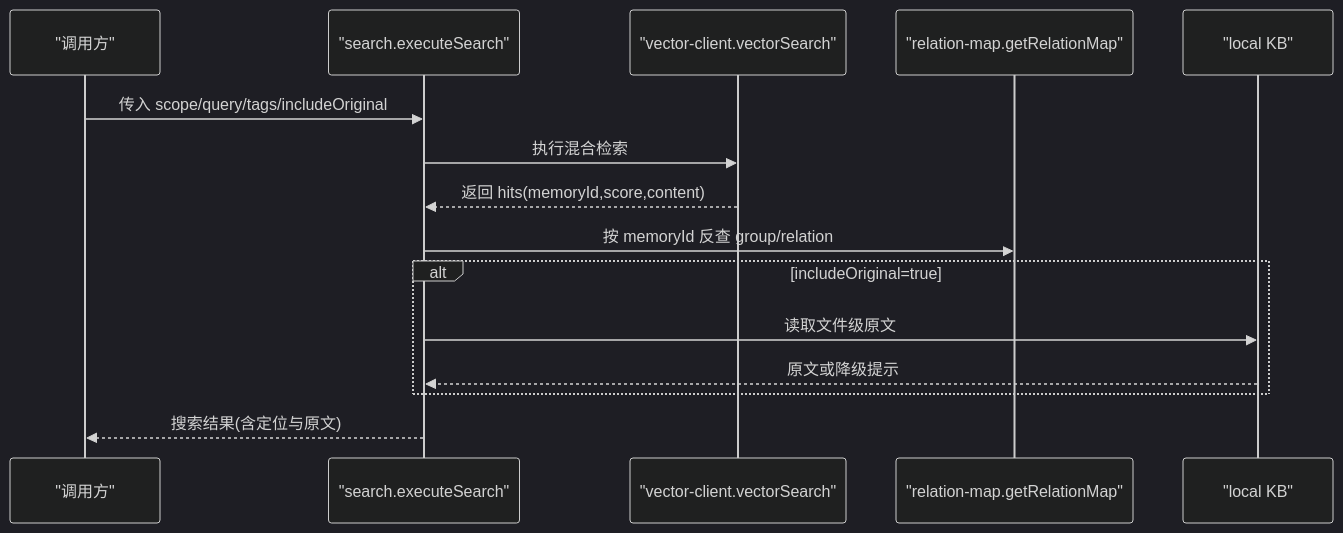
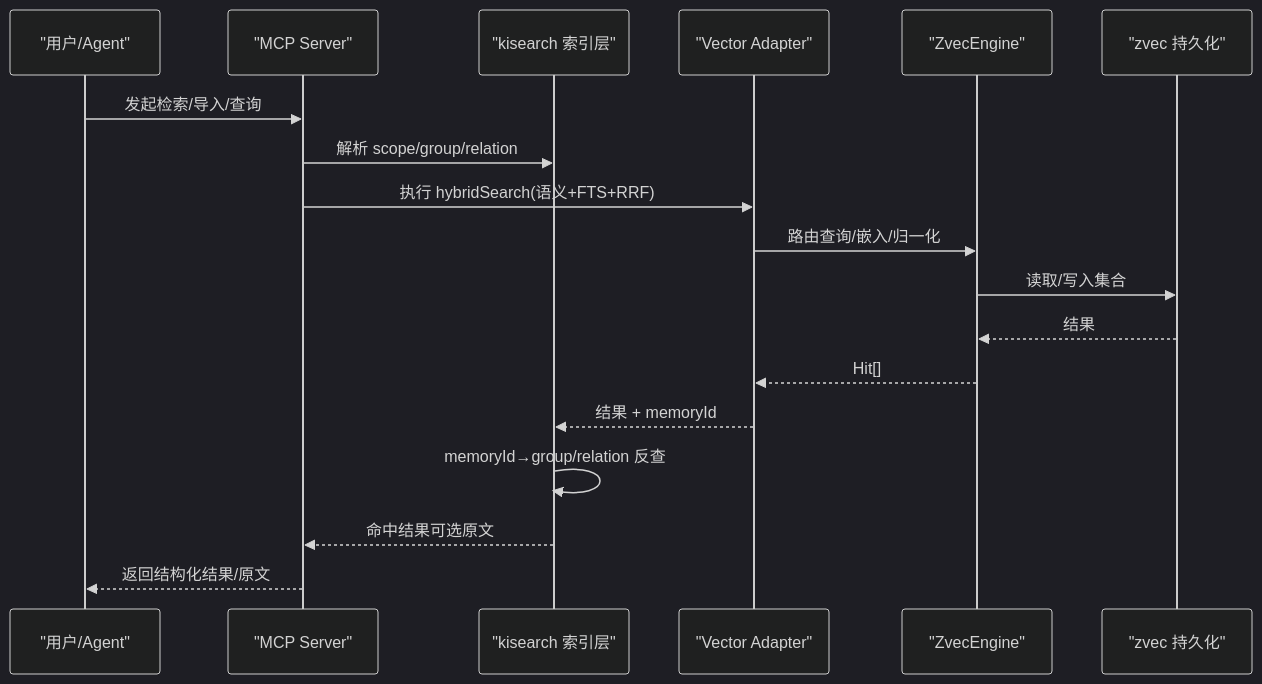
Before and after one commit to HACK-WU/kisearch: the second of 8 diagrams in .qoder/repowiki/zh/content/项目概述/项目概述.md, drawn with Mermaid (dark theme). The commit also changed other lines of this file and 623 other files, not shown here.

````diff
--- a/.qoder/repowiki/zh/content/项目概述/项目概述.md
+++ b/.qoder/repowiki/zh/content/项目概述/项目概述.md
@@ -138,17 +124,20 @@
 ```mermaid
 sequenceDiagram
-participant C as "调用方"
-participant S as "search.executeSearch"
-participant V as "vector-client.vectorSearch"
-participant M as "relation-map.getRelationMap"
-participant L as "local KB"
-C->>S : 传入 scope/query/tags/includeOriginal
-S->>V : 执行混合检索
-V-->>S : 返回 hits(memoryId,score,content)
-S->>M : 按 memoryId 反查 group/relation
-alt includeOriginal=true
-S->>L : 读取文件级原文
-L-->>S : 原文或降级提示
-end
-S-->>C : 搜索结果(含定位与原文)
+participant U as "用户/Agent"
+participant MCP as "MCP Server"
+participant KI as "kisearch 索引层"
+participant VC as "Vector Adapter"
+participant ZE as "ZvecEngine"
+participant DB as "zvec 持久化"
+U->>MCP : 发起检索/导入/查询
+MCP->>KI : 解析 scope/group/relation
+MCP->>VC : 执行 hybridSearch(语义+FTS+RRF)
+VC->>ZE : 路由查询/嵌入/归一化
+ZE->>DB : 读取/写入集合
+DB-->>ZE : 结果
+ZE-->>VC : Hit[]
+VC-->>KI : 结果 + memoryId
+KI->>KI : memoryId→group/relation 反查
+KI-->>MCP : 命中结果可选原文
+MCP-->>U : 返回结构化结果/原文
 ```
````
